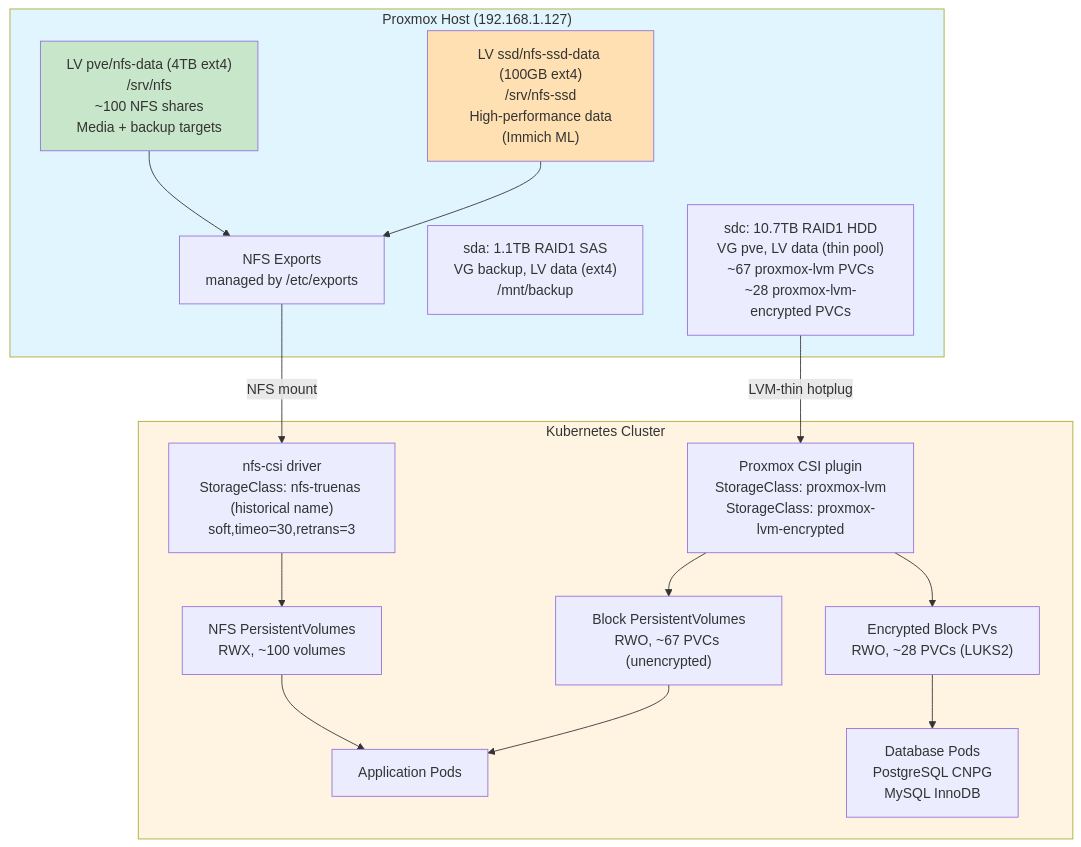
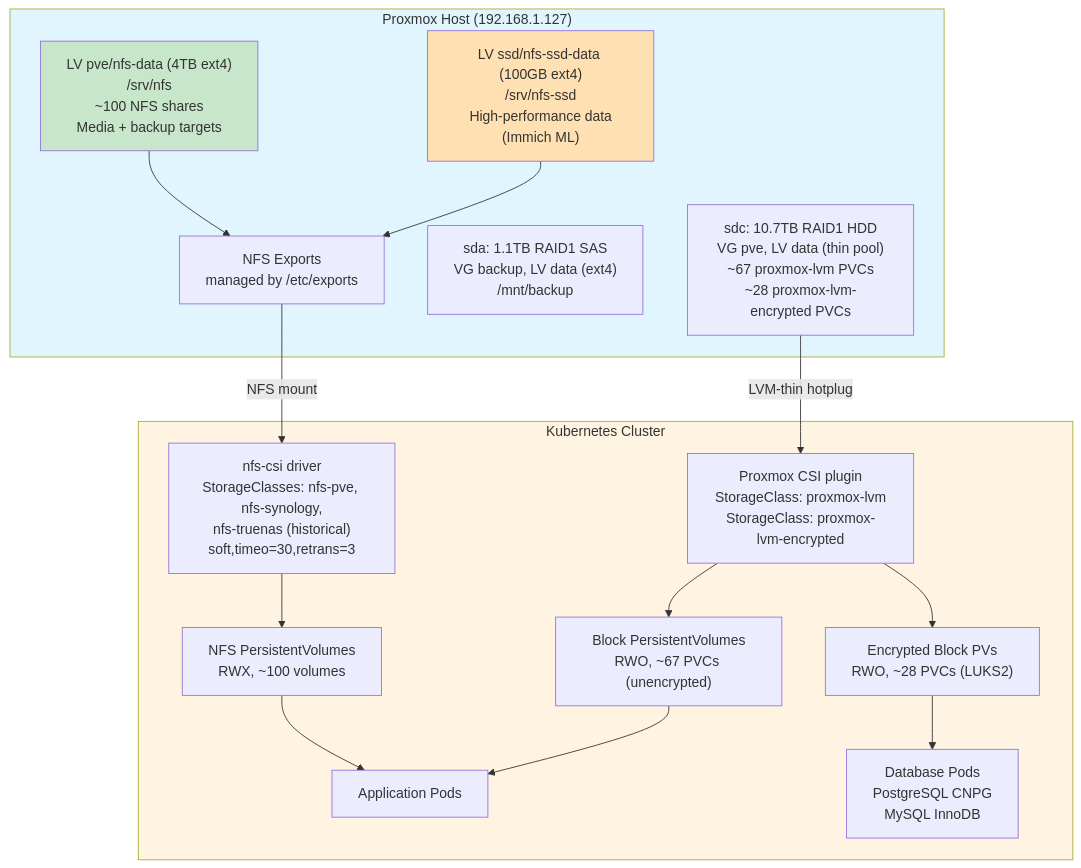
The diagram in docs/architecture/storage.md (ViktorBarzin/infra), drawn with Mermaid before and after one commit. The commit also changed other lines of this file and 1 other file, not shown here.

````diff
--- a/docs/architecture/storage.md
+++ b/docs/architecture/storage.md
@@ -64,40 +74,40 @@
 ```mermaid
 graph TB
     subgraph Proxmox["Proxmox Host (192.168.1.127)"]
         sdc["sdc: 10.7TB RAID1 HDD<br/>VG pve, LV data (thin pool)<br/>~67 proxmox-lvm PVCs<br/>~28 proxmox-lvm-encrypted PVCs"]
         sda["sda: 1.1TB RAID1 SAS<br/>VG backup, LV data (ext4)<br/>/mnt/backup"]
         NFS_HDD["LV pve/nfs-data (4TB ext4)<br/>/srv/nfs<br/>~100 NFS shares<br/>Media + backup targets"]
         NFS_SSD["LV ssd/nfs-ssd-data (100GB ext4)<br/>/srv/nfs-ssd<br/>High-performance data<br/>(Immich ML)"]
         NFS_Exports["NFS Exports<br/>managed by /etc/exports"]
         NFS_HDD --> NFS_Exports
         NFS_SSD --> NFS_Exports
     end
 
     subgraph K8s["Kubernetes Cluster"]
-        CSI_NFS["nfs-csi driver<br/>StorageClass: nfs-truenas (historical name)<br/>soft,timeo=30,retrans=3"]
+        CSI_NFS["nfs-csi driver<br/>StorageClasses: nfs-pve, nfs-synology,<br/>nfs-truenas (historical)<br/>soft,timeo=30,retrans=3"]
         CSI_PVE["Proxmox CSI plugin<br/>StorageClass: proxmox-lvm<br/>StorageClass: proxmox-lvm-encrypted"]
 
         NFS_PV["NFS PersistentVolumes<br/>RWX, ~100 volumes"]
         Block_PV["Block PersistentVolumes<br/>RWO, ~67 PVCs (unencrypted)"]
         Enc_PV["Encrypted Block PVs<br/>RWO, ~28 PVCs (LUKS2)"]
 
         Pods["Application Pods"]
         DBPods["Database Pods<br/>PostgreSQL CNPG<br/>MySQL InnoDB"]
     end
 
     NFS_Exports -->|NFS mount| CSI_NFS
     sdc -->|LVM-thin hotplug| CSI_PVE
 
     CSI_NFS --> NFS_PV
     CSI_PVE --> Block_PV
     CSI_PVE --> Enc_PV
 
     NFS_PV --> Pods
     Block_PV --> Pods
     Enc_PV --> DBPods
 
     style Proxmox fill:#e1f5ff
     style K8s fill:#fff4e1
     style NFS_HDD fill:#c8e6c9
     style NFS_SSD fill:#ffe0b2
 ```
````
